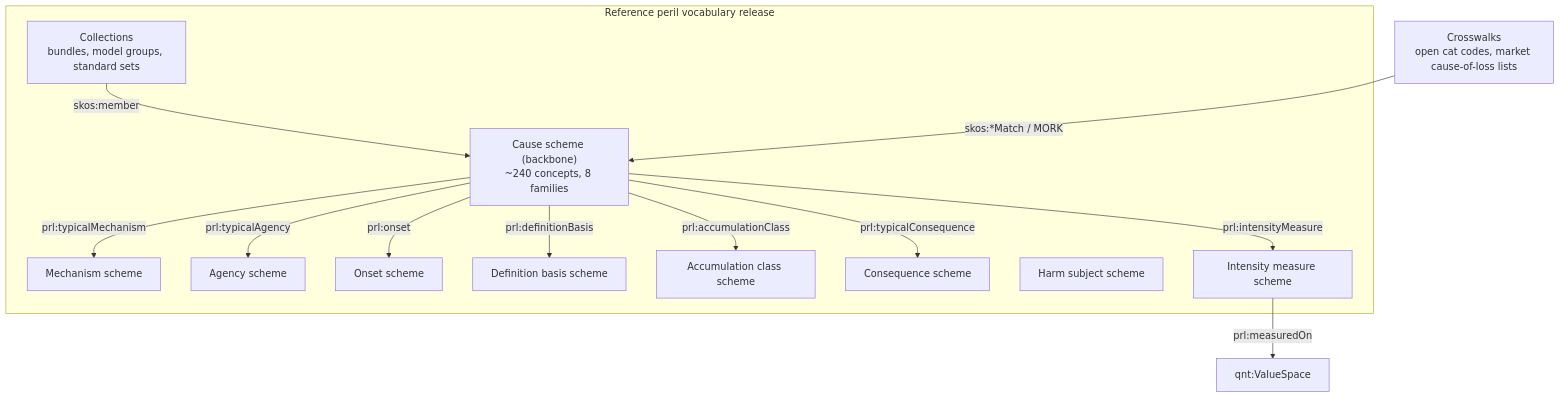
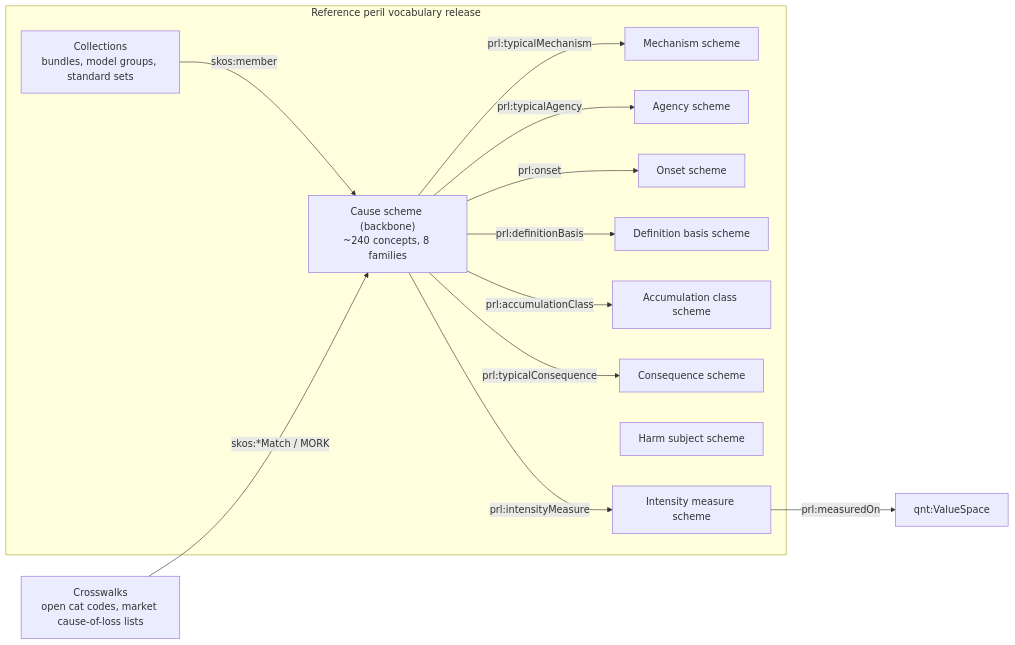
One commit to nebularis/lattice changed the diagram in docs/developer/sketches/peril-vocabulary.md. Above: the diagram before and after it, drawn with Mermaid. The commit also changed 8 other files, not shown here.

````diff
--- a/docs/developer/sketches/peril-vocabulary.md
+++ b/docs/developer/sketches/peril-vocabulary.md
@@ -75,25 +75,25 @@
 ```mermaid
-flowchart TB
+flowchart LR
     subgraph Release["Reference peril vocabulary release"]
         C["Cause scheme (backbone)<br/>~240 concepts, 8 families"]
         M["Mechanism scheme"]
         A["Agency scheme"]
         O["Onset scheme"]
         D["Definition basis scheme"]
         K["Accumulation class scheme"]
         Q["Consequence scheme"]
         H["Harm subject scheme"]
         I["Intensity measure scheme"]
         B["Collections<br/>bundles, model groups, standard sets"]
     end
     C -- "prl:typicalMechanism" --> M
     C -- "prl:typicalAgency" --> A
     C -- "prl:onset" --> O
     C -- "prl:definitionBasis" --> D
     C -- "prl:accumulationClass" --> K
     C -- "prl:intensityMeasure" --> I
     C -- "prl:typicalConsequence" --> Q
     B -- "skos:member" --> C
     I -- "prl:measuredOn" --> V["qnt:ValueSpace"]
     X["Crosswalks<br/>open cat codes, market cause-of-loss lists"] -- "skos:*Match / MORK" --> C
 ```
````
